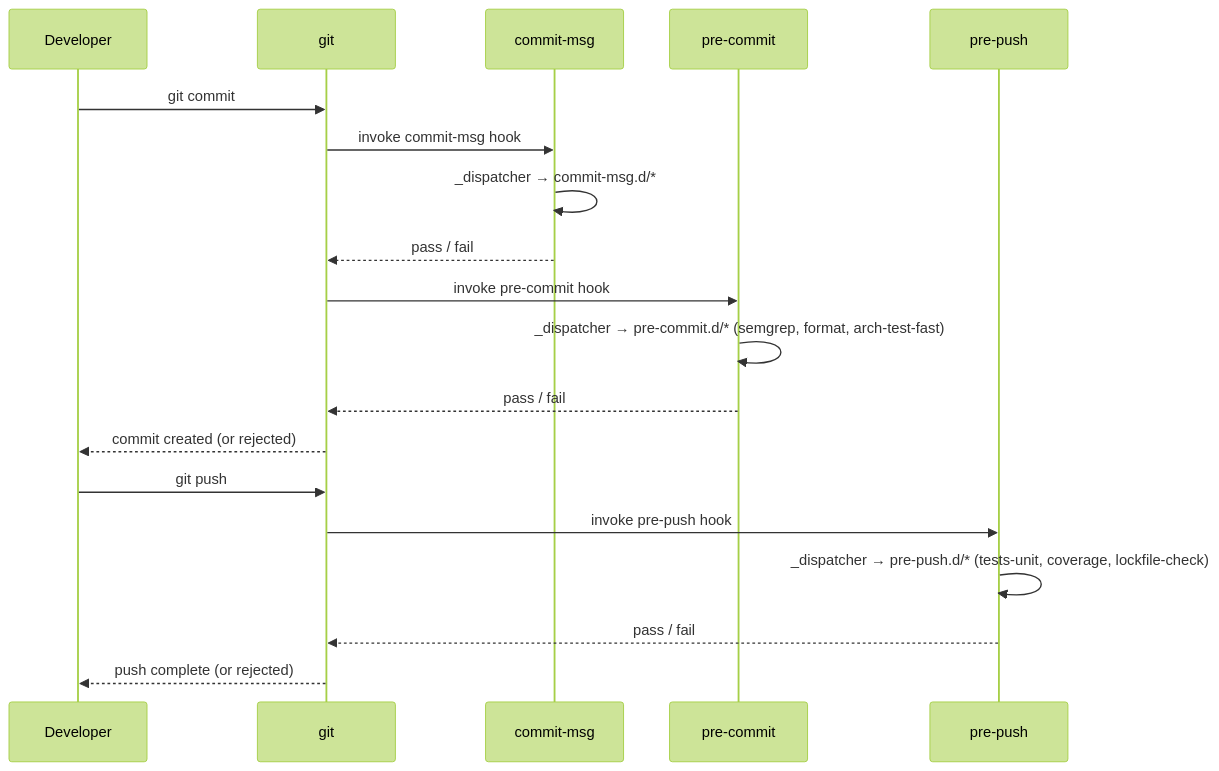
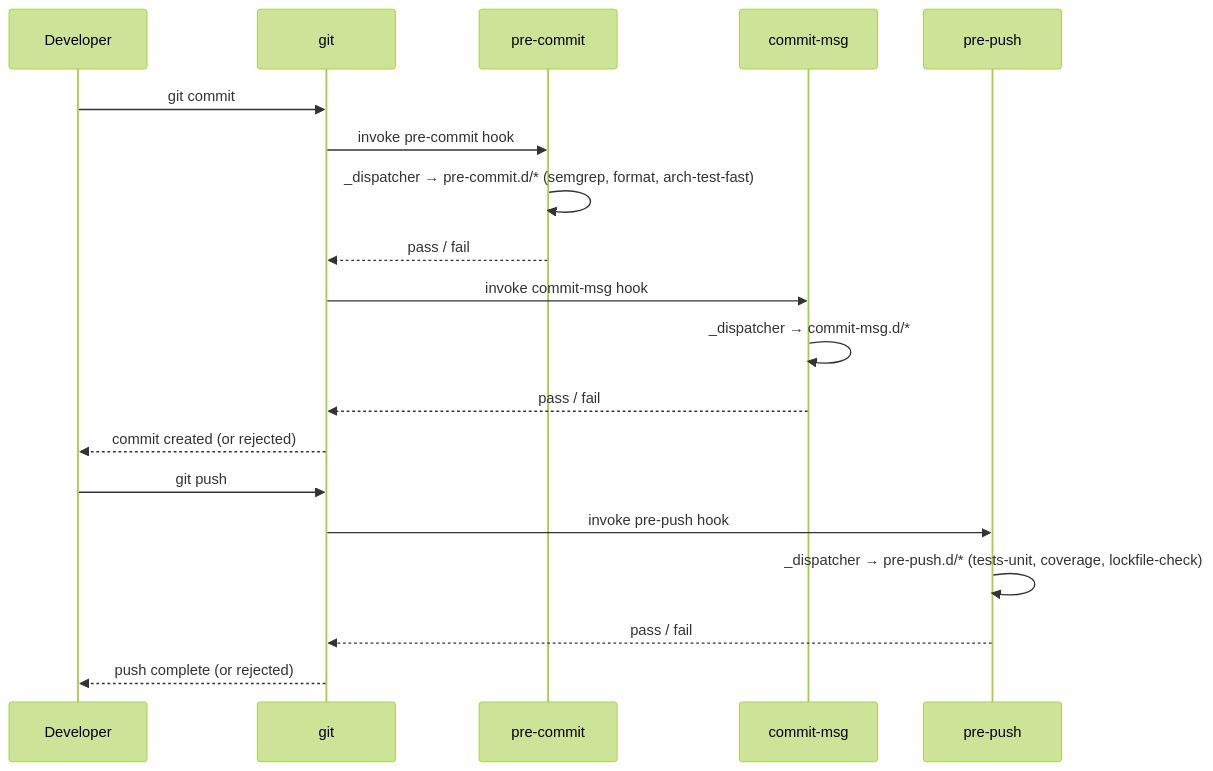
Before and after one commit to smalls257/just-claude-things: the diagram in docs/skills/scaffold-with-guardrails/hooks.md, drawn with Mermaid (forest theme). The commit also changed other lines of this file, not shown here.

First line of the commit message:
docs(skill-internals): fix hooks.md lifecycle diagram order

````diff
--- a/docs/skills/scaffold-with-guardrails/hooks.md
+++ b/docs/skills/scaffold-with-guardrails/hooks.md
@@ -132,21 +132,21 @@
 ```mermaid
 sequenceDiagram
     participant Dev as Developer
     participant Git as git
+    participant PC as pre-commit
     participant CM as commit-msg
-    participant PC as pre-commit
     participant PP as pre-push
     Dev->>Git: git commit
+    Git->>PC: invoke pre-commit hook
+    PC->>PC: _dispatcher → pre-commit.d/* (semgrep, format, arch-test-fast)
+    PC-->>Git: pass / fail
     Git->>CM: invoke commit-msg hook
     CM->>CM: _dispatcher → commit-msg.d/*
     CM-->>Git: pass / fail
-    Git->>PC: invoke pre-commit hook
-    PC->>PC: _dispatcher → pre-commit.d/* (semgrep, format, arch-test-fast)
-    PC-->>Git: pass / fail
     Git-->>Dev: commit created (or rejected)
     Dev->>Git: git push
     Git->>PP: invoke pre-push hook
     PP->>PP: _dispatcher → pre-push.d/* (tests-unit, coverage, lockfile-check)
     PP-->>Git: pass / fail
     Git-->>Dev: push complete (or rejected)
 ```
````
